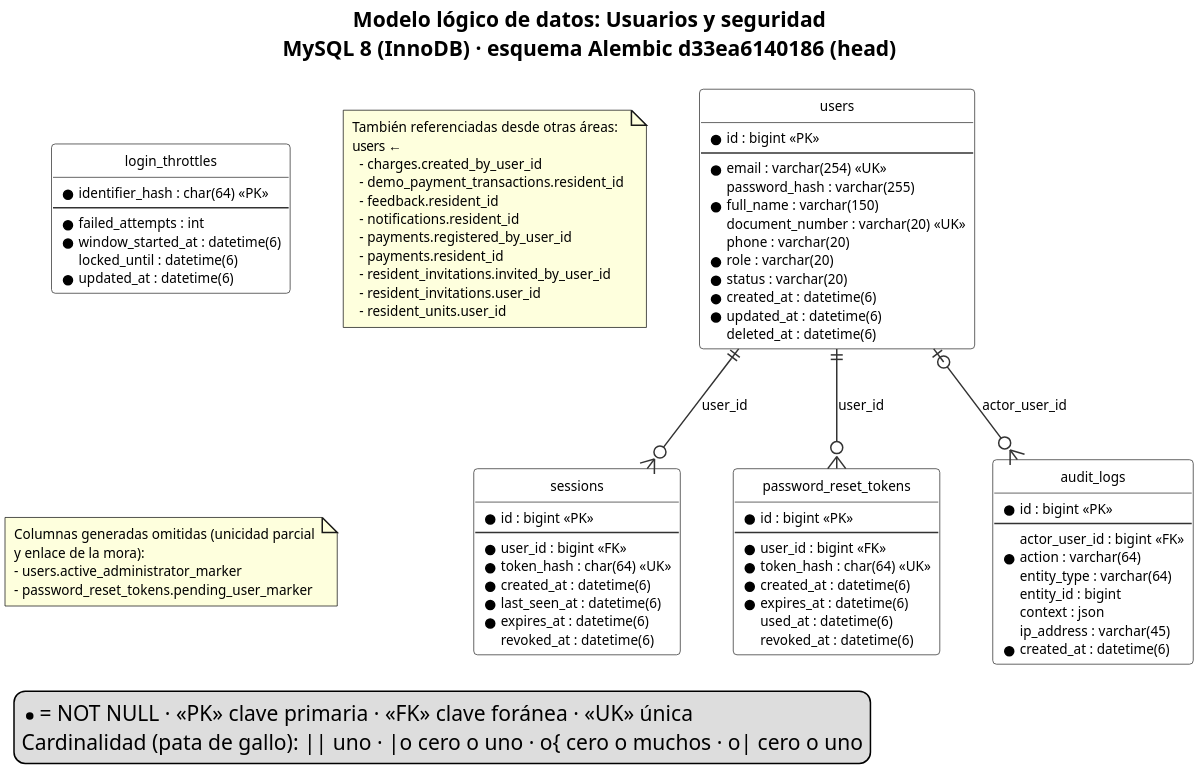
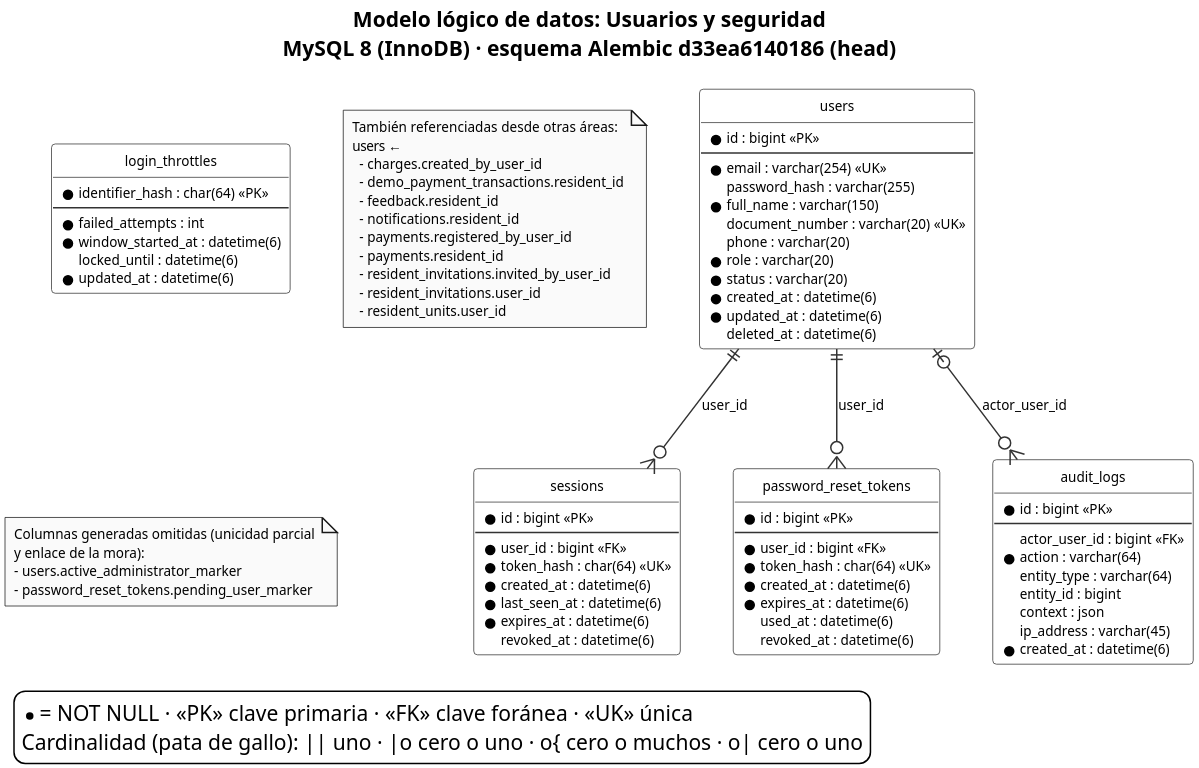
One commit to yilberDev/SoftPh-Academico changed the diagram in docs/entrega-objetivos/modelo-datos/modelo-datos-usuarios-seguridad.puml. Above: the diagram before and after it, drawn with PlantUML. The commit also changed 64 other files, not shown here.

First line of the commit message:
docs(diagrams): regenerate report diagrams in black and white

```diff
--- a/docs/entrega-objetivos/modelo-datos/modelo-datos-usuarios-seguridad.puml
+++ b/docs/entrega-objetivos/modelo-datos/modelo-datos-usuarios-seguridad.puml
@@ -1,94 +1,96 @@
 @startuml
 skinparam dpi 300
+skinparam monochrome true
+skinparam backgroundColor white
 skinparam shadowing false
 skinparam defaultFontName Helvetica
 skinparam defaultFontSize 9
 skinparam class {
   BackgroundColor White
   BorderColor #333333
   ArrowColor #333333
 }
 hide circle
 hide methods
 top to bottom direction
 title Modelo lógico de datos: Usuarios y seguridad\nMySQL 8 (InnoDB) · esquema Alembic d33ea6140186 (head)
 entity "users" as users {
   *id : bigint <<PK>>
   --
   *email : varchar(254) <<UK>>
   password_hash : varchar(255)
   *full_name : varchar(150)
   document_number : varchar(20) <<UK>>
   phone : varchar(20)
   *role : varchar(20)
   *status : varchar(20)
   *created_at : datetime(6)
   *updated_at : datetime(6)
   deleted_at : datetime(6)
 }
 entity "sessions" as sessions {
   *id : bigint <<PK>>
   --
   *user_id : bigint <<FK>>
   *token_hash : char(64) <<UK>>
   *created_at : datetime(6)
   *last_seen_at : datetime(6)
   *expires_at : datetime(6)
   revoked_at : datetime(6)
 }
 entity "login_throttles" as login_throttles {
   *identifier_hash : char(64) <<PK>>
   --
   *failed_attempts : int
   *window_started_at : datetime(6)
   locked_until : datetime(6)
   *updated_at : datetime(6)
 }
 entity "password_reset_tokens" as password_reset_tokens {
   *id : bigint <<PK>>
   --
   *user_id : bigint <<FK>>
   *token_hash : char(64) <<UK>>
   *created_at : datetime(6)
   *expires_at : datetime(6)
   used_at : datetime(6)
   revoked_at : datetime(6)
 }
 entity "audit_logs" as audit_logs {
   *id : bigint <<PK>>
   --
   actor_user_id : bigint <<FK>>
   *action : varchar(64)
   entity_type : varchar(64)
   entity_id : bigint
   context : json
   ip_address : varchar(45)
   *created_at : datetime(6)
 }
 users |o--o{ audit_logs : "actor_user_id"
 users ||--o{ password_reset_tokens : "user_id"
 users ||--o{ sessions : "user_id"
 note as externas
   También referenciadas desde otras áreas:
   users ←
     - charges.created_by_user_id
     - demo_payment_transactions.resident_id
     - feedback.resident_id
     - notifications.resident_id
     - payments.registered_by_user_id
     - payments.resident_id
     - resident_invitations.invited_by_user_id
     - resident_invitations.user_id
     - resident_units.user_id
 end note
 note as generadas
   Columnas generadas omitidas (unicidad parcial
   y enlace de la mora):
   - users.active_administrator_marker
   - password_reset_tokens.pending_user_marker
 end note
 legend bottom left
   * = NOT NULL · <<PK>> clave primaria · <<FK>> clave foránea · <<UK>> única
   Cardinalidad (pata de gallo): || uno · |o cero o uno · o{ cero o muchos · o| cero o uno
 endlegend
 @enduml
```
